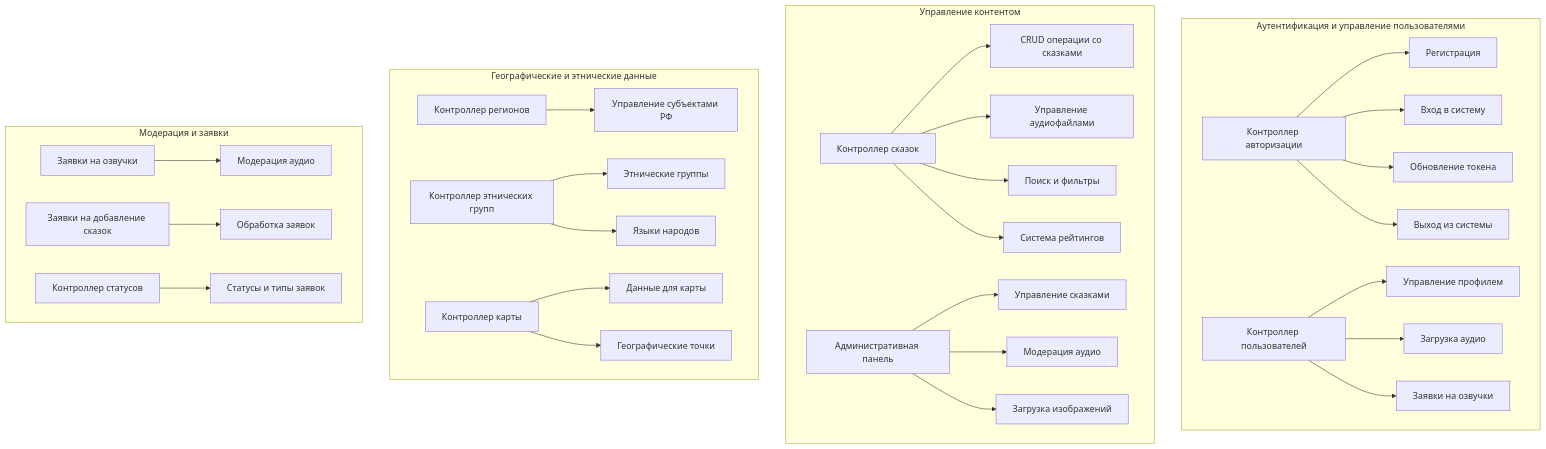
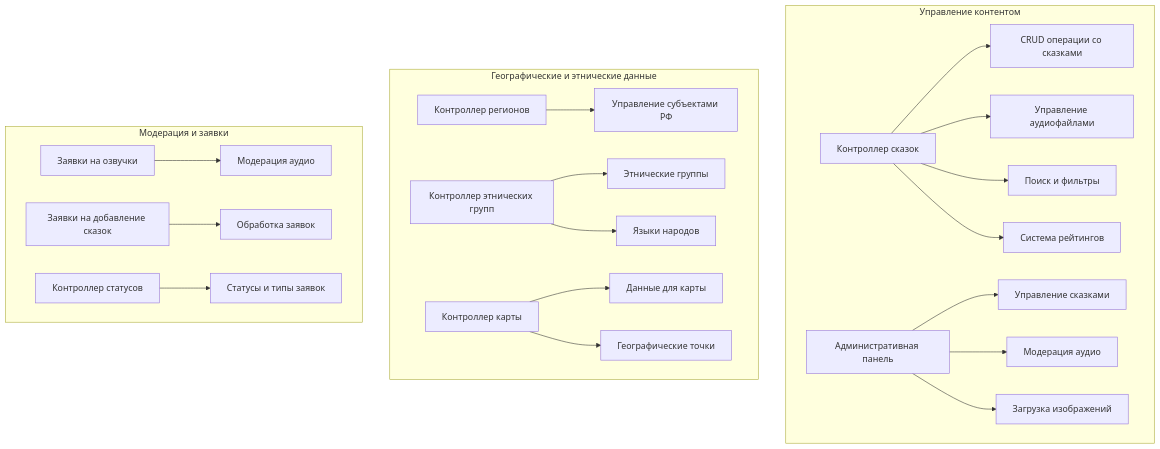
One commit to drDeepl/fairy-map-slides changed the fourth of 4 diagrams in slides.md. Above: the diagram before and after it, drawn with Mermaid.

````diff
--- a/slides.md
+++ b/slides.md
@@ -302,38 +316,27 @@
 ```mermaid
-graph TB
-    subgraph "Аутентификация и управление пользователями"
-        A[Контроллер авторизации] --> A1[Регистрация]
-        A --> A2[Вход в систему]
-        A --> A3[Обновление токена]
-        A --> A4[Выход из системы]
-        
-        U[Контроллер пользователей] --> U1[Управление профилем]
-        U --> U2[Загрузка аудио]
-        U --> U3[Заявки на озвучки]
-    end
-    
+graph TB    
     subgraph "Управление контентом"
         S[Контроллер сказок] --> S1[CRUD операции со сказками]
         S --> S2[Управление аудиофайлами]
         S --> S3[Поиск и фильтры]
         S --> S4[Система рейтингов]
         
         Admin[Административная панель] --> Admin1[Управление сказками]
         Admin --> Admin2[Модерация аудио]
         Admin --> Admin3[Загрузка изображений]
     end
     
     subgraph "Географические и этнические данные"
         C[Контроллер регионов] --> C1[Управление субъектами РФ]
         E[Контроллер этнических групп] --> E1[Этнические группы]
         E --> E2[Языки народов]
         M[Контроллер карты] --> M1[Данные для карты]
         M --> M2[Географические точки]
     end
     
     subgraph "Модерация и заявки"
         ASR[Заявки на озвучки] --> ASR1[Модерация аудио]
         ASSR[Заявки на добавление сказок] --> ASSR1[Обработка заявок]
         R[Контроллер статусов] --> R1[Статусы и типы заявок]
     end
 ```
````
